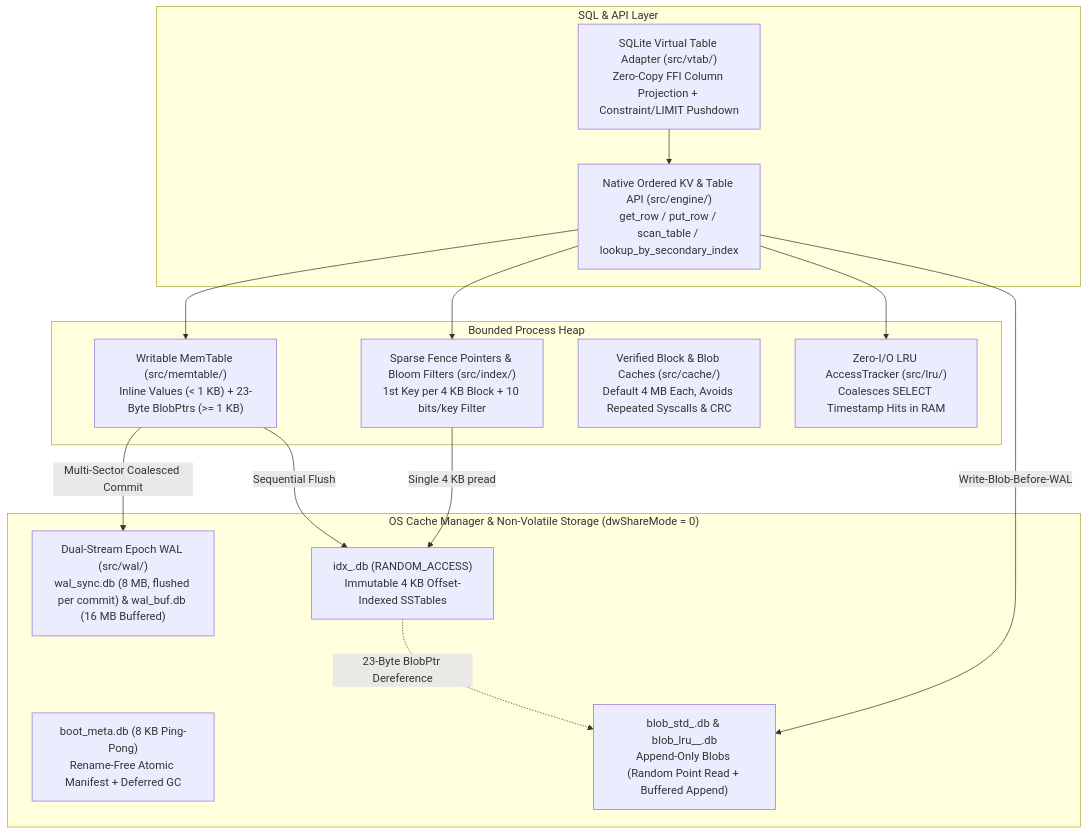
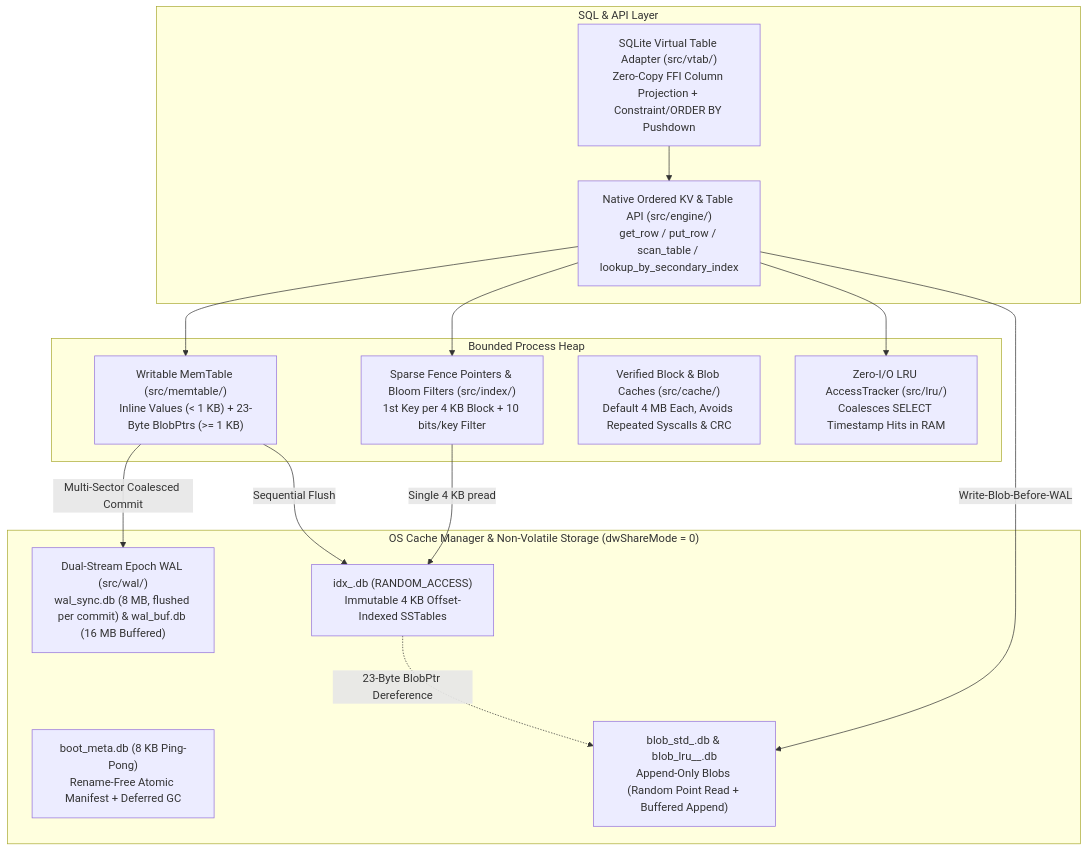
The diagram in README.md (toyoshim-i/aydb), drawn with Mermaid before and after one commit. The commit also changed other lines of this file and 6 other files, not shown here.

````diff
--- a/README.md
+++ b/README.md
@@ -19,31 +19,31 @@
 ```mermaid
 flowchart TB
     subgraph SQL["SQL & API Layer"]
-        VTAB["SQLite Virtual Table Adapter (src/vtab/)<br/>Zero-Copy FFI Column Projection + Constraint/LIMIT Pushdown"]
+        VTAB["SQLite Virtual Table Adapter (src/vtab/)<br/>Zero-Copy FFI Column Projection + Constraint/ORDER BY Pushdown"]
         KVAPI["Native Ordered KV & Table API (src/engine/)<br/>get_row / put_row / scan_table / lookup_by_secondary_index"]
     end
 
     subgraph Memory["Bounded Process Heap"]
         MT["Writable MemTable (src/memtable/)<br/>Inline Values (< 1 KB) + 23-Byte BlobPtrs (>= 1 KB)"]
         FENCE["Sparse Fence Pointers & Bloom Filters (src/index/)<br/>1st Key per 4 KB Block + 10 bits/key Filter"]
         VCACHE["Verified Block & Blob Caches (src/cache/)<br/>Default 4 MB Each, Avoids Repeated Syscalls & CRC"]
         LRU["Zero-I/O LRU AccessTracker (src/lru/)<br/>Coalesces SELECT Timestamp Hits in RAM"]
     end
 
     subgraph Disk["OS Cache Manager & Non-Volatile Storage (dwShareMode = 0)"]
         META["boot_meta.db (8 KB Ping-Pong)<br/>Rename-Free Atomic Manifest + Deferred GC"]
         WAL["Dual-Stream Epoch WAL (src/wal/)<br/>wal_sync.db (8 MB, flushed per commit) & wal_buf.db (16 MB Buffered)"]
         IDX["idx_<SeqID>.db (RANDOM_ACCESS)<br/>Immutable 4 KB Offset-Indexed SSTables"]
         BLOB["blob_std_<SeqID>.db & blob_lru_<TblID>_<SeqID>.db<br/>Append-Only Blobs (Random Point Read + Buffered Append)"]
     end
 
     VTAB --> KVAPI
     KVAPI --> MT
     KVAPI --> FENCE
     KVAPI --> LRU
     MT -->|"Multi-Sector Coalesced Commit"| WAL
     MT -->|"Sequential Flush"| IDX
     FENCE -->|"Single 4 KB pread"| IDX
     KVAPI -->|"Write-Blob-Before-WAL"| BLOB
     IDX -.->|"23-Byte BlobPtr Dereference"| BLOB
 ```
````
